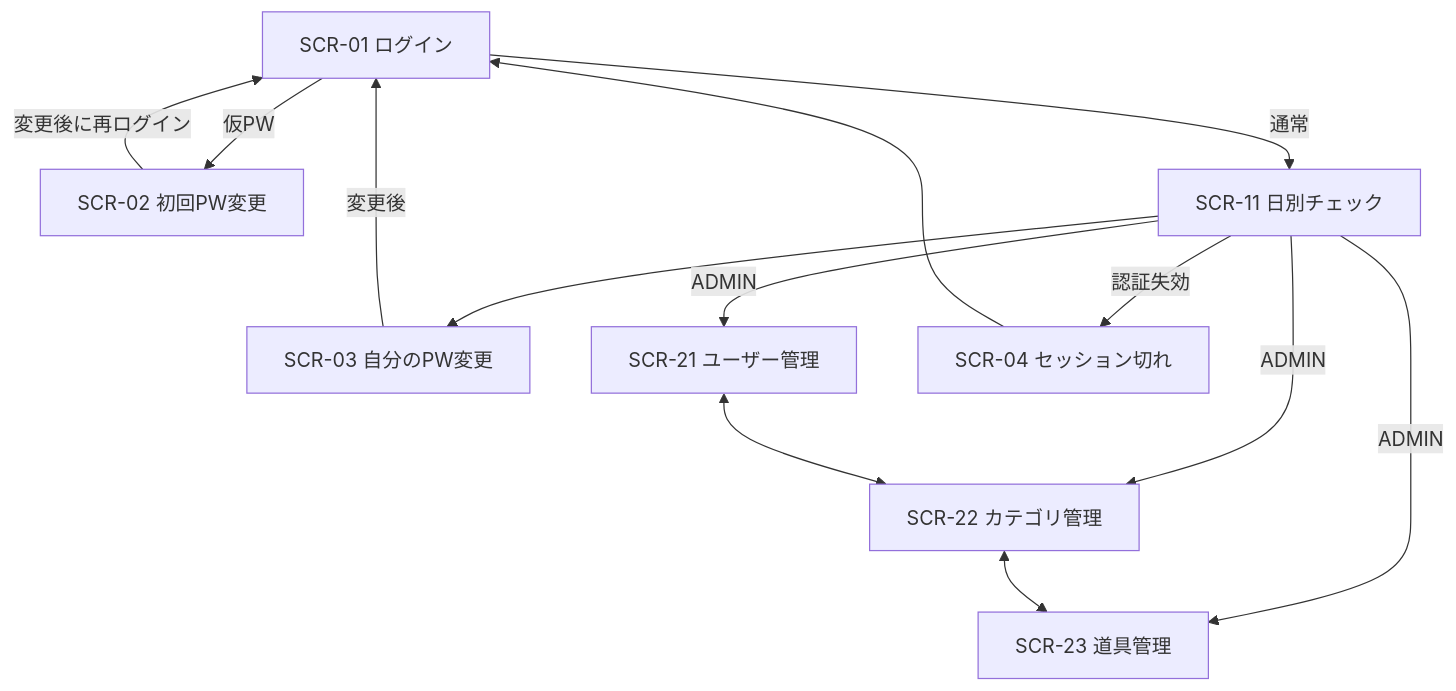
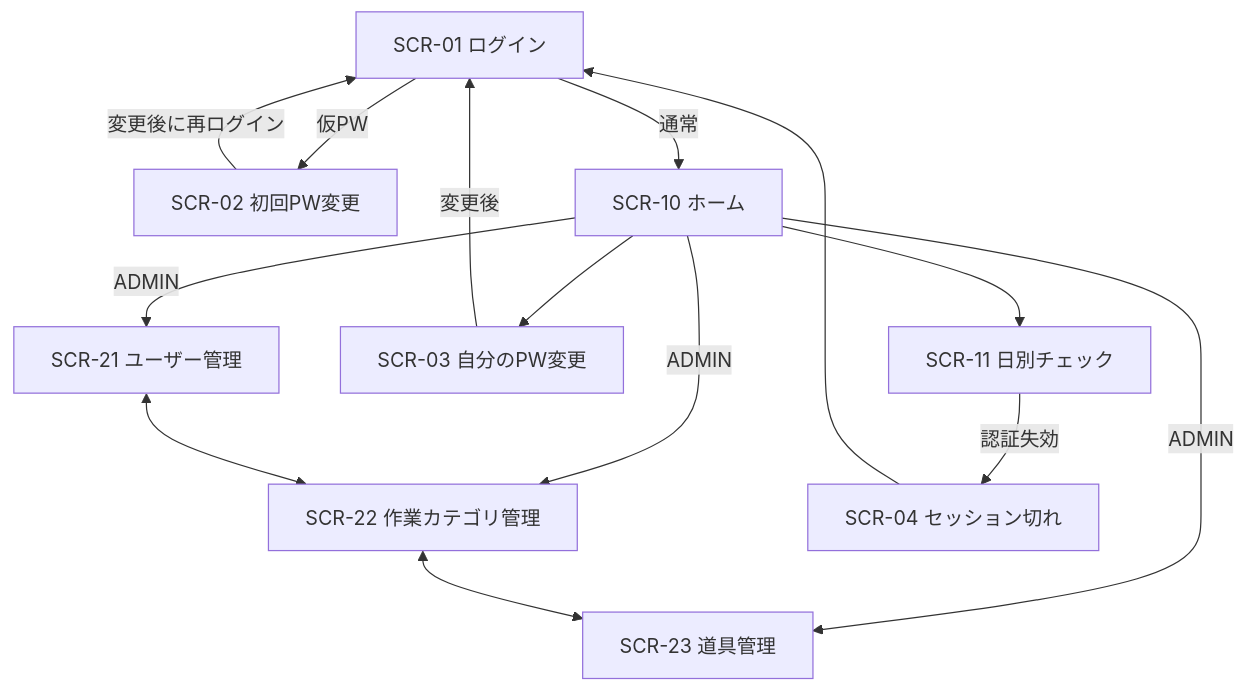
One commit to Hiroyuki-12/FieldFlow changed the diagram in docs/design/screens.md. Above: the diagram before and after it, drawn with Mermaid. The commit also changed other lines of this file and 14 other files, not shown here.

````diff
--- a/docs/design/screens.md
+++ b/docs/design/screens.md
@@ -27,15 +28,16 @@
 ```mermaid
 flowchart TD
     L[SCR-01 ログイン] -->|仮PW| F[SCR-02 初回PW変更]
-    L -->|通常| C[SCR-11 日別チェック]
+    L -->|通常| H[SCR-10 ホーム]
     F -->|変更後に再ログイン| L
-    C --> P[SCR-03 自分のPW変更]
-    C -->|ADMIN| U[SCR-21 ユーザー管理]
-    C -->|ADMIN| G[SCR-22 カテゴリ管理]
-    C -->|ADMIN| T[SCR-23 道具管理]
+    H --> C[SCR-11 日別チェック]
+    H --> P[SCR-03 自分のPW変更]
+    H -->|ADMIN| U[SCR-21 ユーザー管理]
+    H -->|ADMIN| G[SCR-22 作業カテゴリ管理]
+    H -->|ADMIN| T[SCR-23 道具管理]
     U <--> G
     G <--> T
     P -->|変更後| L
     C -->|認証失効| S[SCR-04 セッション切れ]
     S --> L
 ```
````
